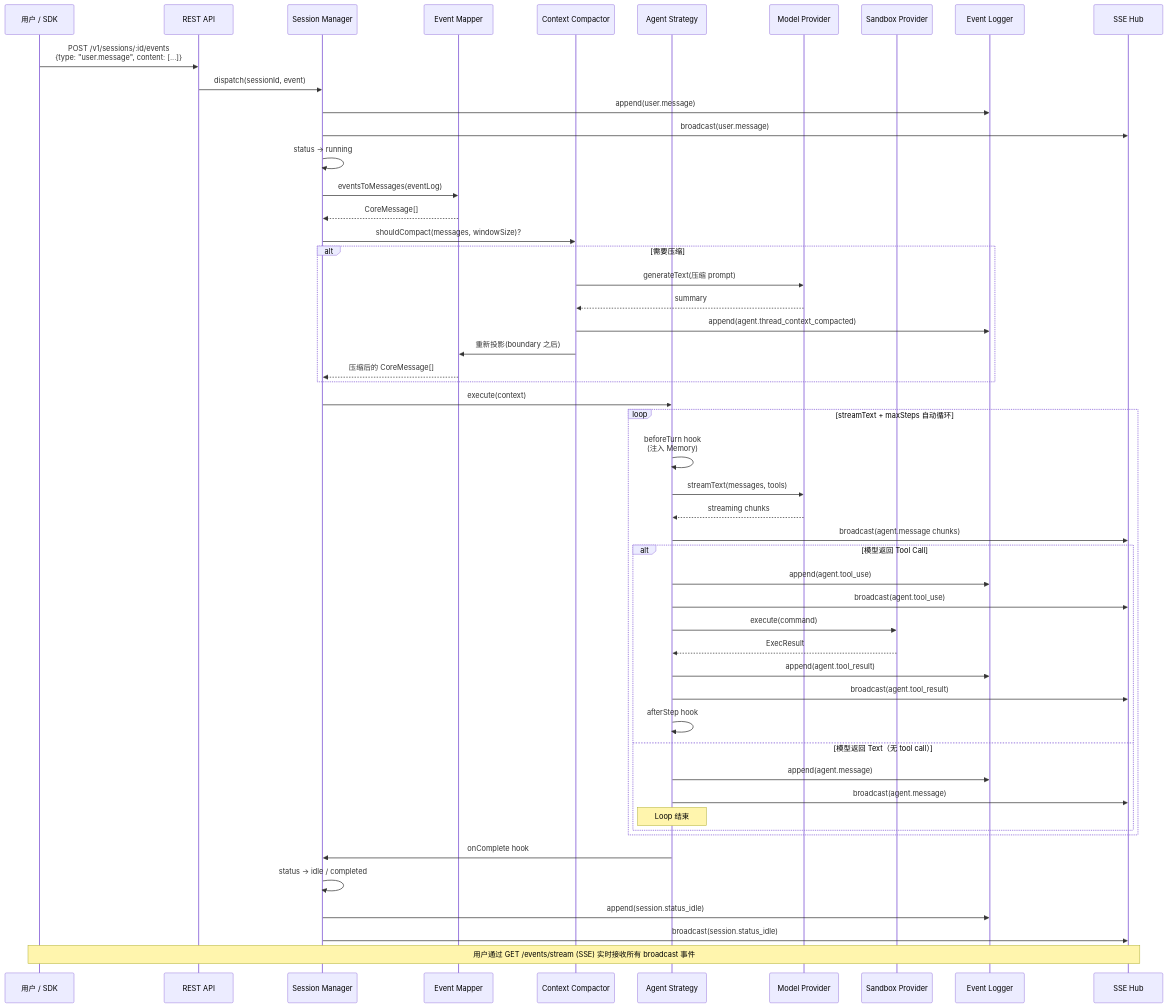
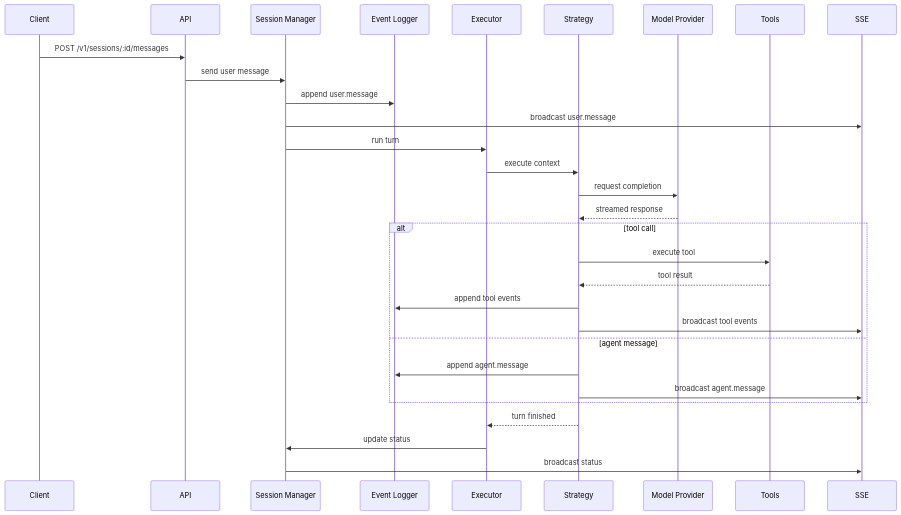
One commit to sandbaseai/managed-agents changed the fourth of 7 diagrams in docs/spec/architecture.md. Above: the diagram before and after it, drawn with Mermaid. The commit also changed other lines of this file and 8 other files, not shown here.

````diff
--- a/docs/spec/architecture.md
+++ b/docs/spec/architecture.md
@@ -153,61 +108,35 @@
 ```mermaid
 sequenceDiagram
-    participant U as 用户 / SDK
-    participant API as REST API
-    participant SM as Session Manager
-    participant EM as Event Mapper
-    participant CC as Context Compactor
-    participant AS as Agent Strategy
-    participant MP as Model Provider
-    participant SP as Sandbox Provider
-    participant EL as Event Logger
-    participant SSE as SSE Hub
+    participant Client
+    participant API
+    participant Sessions as Session Manager
+    participant Events as Event Logger
+    participant Executor
+    participant Strategy
+    participant Model as Model Provider
+    participant Tools
+    participant SSE
 
-    U->>API: POST /v1/sessions/:id/events<br/>{type: "user.message", content: [...]}
-    API->>SM: dispatch(sessionId, event)
-    SM->>EL: append(user.message)
-    SM->>SSE: broadcast(user.message)
-    SM->>SM: status → running
-    
-    SM->>EM: eventsToMessages(eventLog)
-    EM-->>SM: CoreMessage[]
-    SM->>CC: shouldCompact(messages, windowSize)?
-    
-    alt 需要压缩
-        CC->>MP: generateText(压缩 prompt)
-        MP-->>CC: summary
-        CC->>EL: append(agent.thread_context_compacted)
-        CC->>EM: 重新投影(boundary 之后)
-        EM-->>SM: 压缩后的 CoreMessage[]
+    Client->>API: POST /v1/sessions/:id/messages
+    API->>Sessions: send user message
+    Sessions->>Events: append user.message
+    Sessions->>SSE: broadcast user.message
+    Sessions->>Executor: run turn
+    Executor->>Strategy: execute context
+    Strategy->>Model: request completion
+    Model-->>Strategy: streamed response
+
+    alt tool call
+        Strategy->>Tools: execute tool
+        Tools-->>Strategy: tool result
+        Strategy->>Events: append tool events
+        Strategy->>SSE: broadcast tool events
+    else agent message
+        Strategy->>Events: append agent.message
+        Strategy->>SSE: broadcast agent.message
     end
-    
-    SM->>AS: execute(context)
-    
-    loop streamText + maxSteps 自动循环
-        AS->>AS: beforeTurn hook<br/>(注入 Memory)
-        AS->>MP: streamText(messages, tools)
-        MP-->>AS: streaming chunks
-        AS->>SSE: broadcast(agent.message chunks)
-        
-        alt 模型返回 Tool Call
-            AS->>EL: append(agent.tool_use)
-            AS->>SSE: broadcast(agent.tool_use)
-            AS->>SP: execute(command)
-            SP-->>AS: ExecResult
-            AS->>EL: append(agent.tool_result)
-            AS->>SSE: broadcast(agent.tool_result)
-            AS->>AS: afterStep hook
-        else 模型返回 Text（无 tool call）
-            AS->>EL: append(agent.message)
-            AS->>SSE: broadcast(agent.message)
-            Note over AS: Loop 结束
-        end
-    end
-    
-    AS->>SM: onComplete hook
-    SM->>SM: status → idle / completed
-    SM->>EL: append(session.status_idle)
-    SM->>SSE: broadcast(session.status_idle)
-    
-    Note over U,SSE: 用户通过 GET /events/stream (SSE) 实时接收所有 broadcast 事件
+
+    Strategy-->>Executor: turn finished
+    Executor->>Sessions: update status
+    Sessions->>SSE: broadcast status
 ```
````
